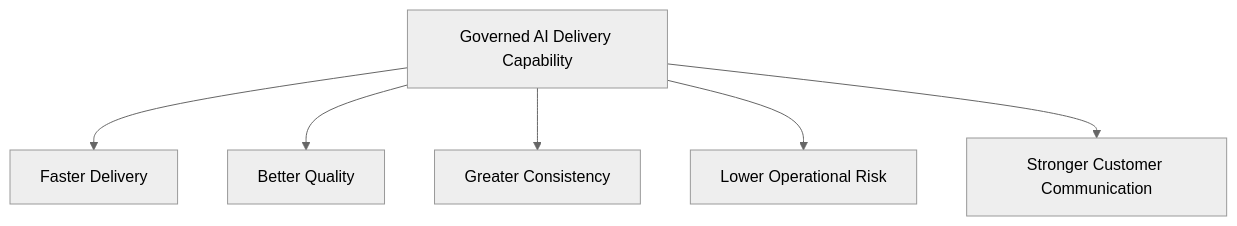
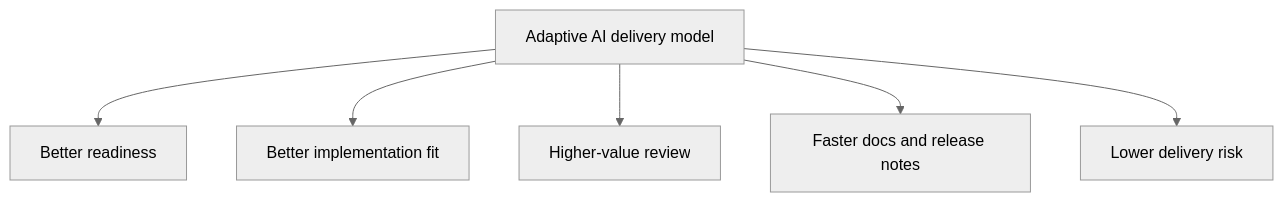
One commit to refat-asadullah-creolytix-dev/refat-asadullah-creolytix-dev changed diagram 12 of 12 in creolytix-ai-delivery-operating-model.md. Above: the diagram before and after it, drawn with Mermaid (neutral theme). The commit also changed other lines of this file, not shown here.

First line of the commit message:
Revise AI delivery model for adaptability and governance

````diff
--- a/creolytix-ai-delivery-operating-model.md
+++ b/creolytix-ai-delivery-operating-model.md
@@ -482,9 +347,9 @@
 ```mermaid
 flowchart TB
-    A[Governed AI Delivery Capability]
-    A --> B[Faster Delivery]
-    A --> C[Better Quality]
-    A --> D[Greater Consistency]
-    A --> E[Lower Operational Risk]
-    A --> F[Stronger Customer Communication]
+    A[Adaptive AI delivery model]
+    A --> B[Better readiness]
+    A --> C[Better implementation fit]
+    A --> D[Higher-value review]
+    A --> E[Faster docs and release notes]
+    A --> F[Lower delivery risk]
 ```
````
